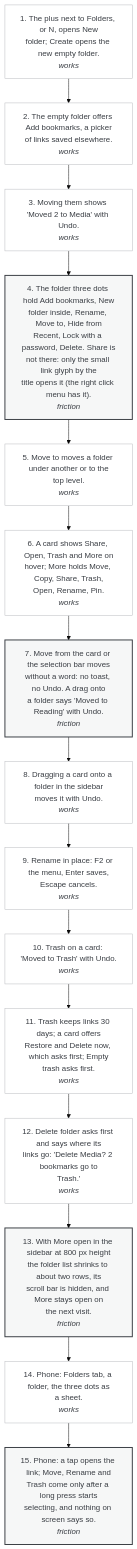
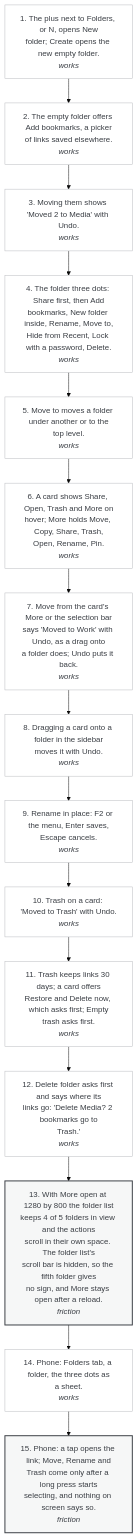
One commit to pinned-cc/pinned changed the diagram in design/wireframes/flows/04-organise-folders.mmd. Above: the diagram before and after it, drawn with Mermaid (base theme). The commit also changed 24 other files, not shown here.

Commit message:
Wireframes: the flows describe 0.1.12, step texts and verdicts from the flow test of 04.11 and the 0.1.12 build; the lock note, What's new, the extension's http warning and the phone head when the server is down drawn as they are; build.py no longer rewrites the record of 31.10

```diff
--- a/design/wireframes/flows/04-organise-folders.mmd
+++ b/design/wireframes/flows/04-organise-folders.mmd
@@ -1,33 +1,33 @@
 flowchart TD
   classDef works fill:#ffffff,stroke:#b8babe,color:#3a3e44;
   classDef friction fill:#f6f7f7,stroke:#3a3e44,stroke-width:2px,color:#3a3e44;
   classDef broken fill:#ffffff,stroke:#c4362b,stroke-width:2px,color:#c4362b;
   S1["1. The plus next to Folders, or N, opens New<br/>folder; Create opens the new empty folder.<br/><i>works</i>"]:::works
   S2["2. The empty folder offers Add bookmarks, a picker<br/>of links saved elsewhere.<br/><i>works</i>"]:::works
   S3["3. Moving them shows 'Moved 2 to Media' with Undo.<br/><i>works</i>"]:::works
-  S4["4. The folder three dots hold Add bookmarks, New<br/>folder inside, Rename, Move to, Hide from<br/>Recent, Lock with a password, Delete. Share is<br/>not there: only the small link glyph by the<br/>title opens it (the right click menu has it).<br/><i>friction</i>"]:::friction
+  S4["4. The folder three dots: Share first, then Add<br/>bookmarks, New folder inside, Rename, Move to,<br/>Hide from Recent, Lock with a password, Delete.<br/><i>works</i>"]:::works
   S5["5. Move to moves a folder under another or to the<br/>top level.<br/><i>works</i>"]:::works
   S6["6. A card shows Share, Open, Trash and More on<br/>hover; More holds Move, Copy, Share, Trash,<br/>Open, Rename, Pin.<br/><i>works</i>"]:::works
-  S7["7. Move from the card or the selection bar moves<br/>without a word: no toast, no Undo. A drag onto<br/>a folder says 'Moved to Reading' with Undo.<br/><i>friction</i>"]:::friction
+  S7["7. Move from the card's More or the selection bar<br/>says 'Moved to Work' with Undo, as a drag onto<br/>a folder does; Undo puts it back.<br/><i>works</i>"]:::works
   S8["8. Dragging a card onto a folder in the sidebar<br/>moves it with Undo.<br/><i>works</i>"]:::works
   S9["9. Rename in place: F2 or the menu, Enter saves,<br/>Escape cancels.<br/><i>works</i>"]:::works
   S10["10. Trash on a card: 'Moved to Trash' with Undo.<br/><i>works</i>"]:::works
   S11["11. Trash keeps links 30 days; a card offers<br/>Restore and Delete now, which asks first; Empty<br/>trash asks first.<br/><i>works</i>"]:::works
   S12["12. Delete folder asks first and says where its<br/>links go: 'Delete Media? 2 bookmarks go to<br/>Trash.'<br/><i>works</i>"]:::works
-  S13["13. With More open in the sidebar at 800 px height<br/>the folder list shrinks to about two rows, its<br/>scroll bar is hidden, and More stays open on<br/>the next visit.<br/><i>friction</i>"]:::friction
+  S13["13. With More open at 1280 by 800 the folder list<br/>keeps 4 of 5 folders in view and the actions<br/>scroll in their own space. The folder list's<br/>scroll bar is hidden, so the fifth folder gives<br/>no sign, and More stays open after a reload.<br/><i>friction</i>"]:::friction
   S14["14. Phone: Folders tab, a folder, the three dots as<br/>a sheet.<br/><i>works</i>"]:::works
   S15["15. Phone: a tap opens the link; Move, Rename and<br/>Trash come only after a long press starts<br/>selecting, and nothing on screen says so.<br/><i>friction</i>"]:::friction
   S1 --> S2
   S2 --> S3
   S3 --> S4
   S4 --> S5
   S5 --> S6
   S6 --> S7
   S7 --> S8
   S8 --> S9
   S9 --> S10
   S10 --> S11
   S11 --> S12
   S12 --> S13
   S13 --> S14
   S14 --> S15
```
